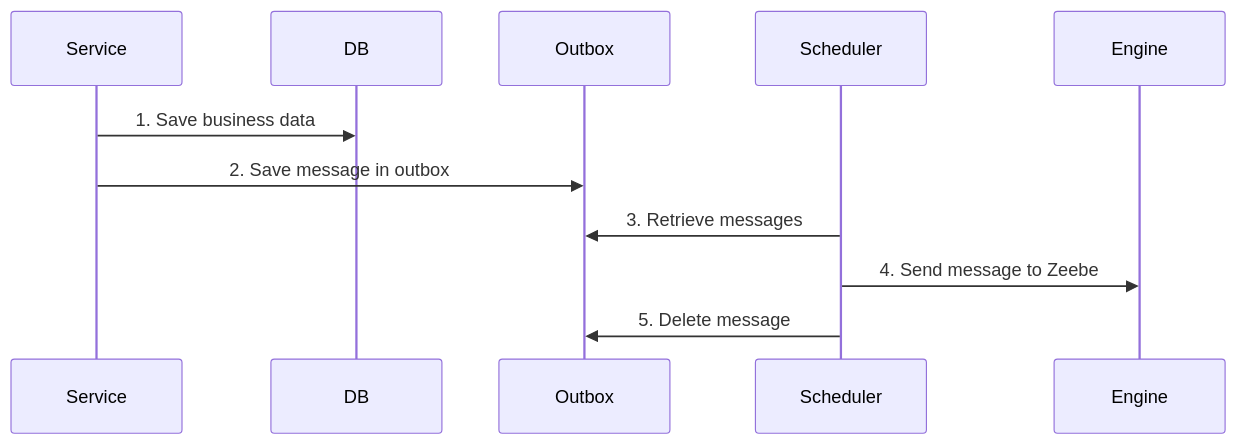
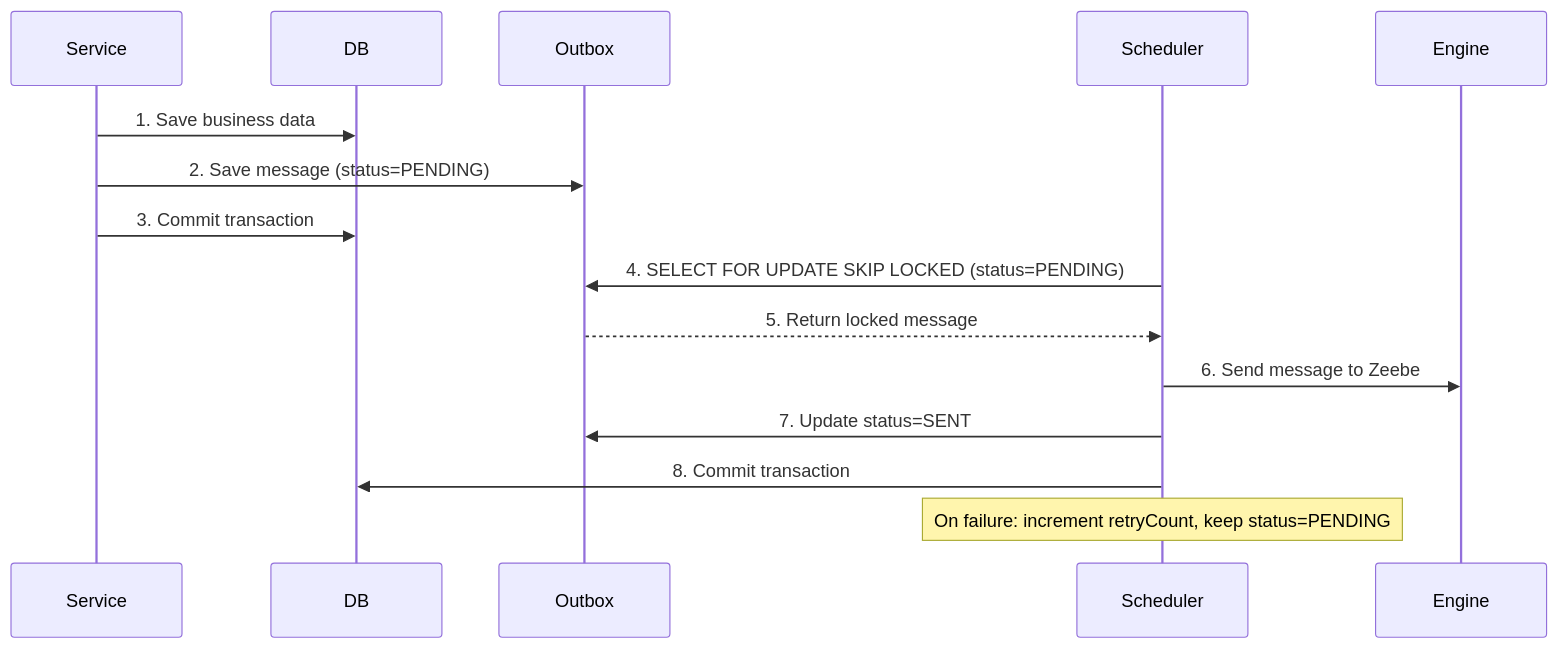
Before and after one commit to emaarco/distributed-horcruxes: the diagram in examples/outbox-pattern/README.md, drawn with Mermaid. The commit also changed other lines of this file and 2 other files, not shown here.

````diff
--- a/examples/outbox-pattern/README.md
+++ b/examples/outbox-pattern/README.md
@@ -119,13 +171,17 @@
 ```mermaid
 sequenceDiagram
     participant Service
     participant DB
     participant Outbox
     participant Scheduler
     participant Engine
     Service ->> DB: 1. Save business data
-    Service ->> Outbox: 2. Save message in outbox
-    Scheduler ->> Outbox: 3. Retrieve messages
-    Scheduler ->> Engine: 4. Send message to Zeebe
-    Scheduler ->> Outbox: 5. Delete message
+    Service ->> Outbox: 2. Save message (status=PENDING)
+    Service ->> DB: 3. Commit transaction
+    Scheduler ->> Outbox: 4. SELECT FOR UPDATE SKIP LOCKED (status=PENDING)
+    Outbox -->> Scheduler: 5. Return locked message
+    Scheduler ->> Engine: 6. Send message to Zeebe
+    Scheduler ->> Outbox: 7. Update status=SENT
+    Scheduler ->> DB: 8. Commit transaction
+    Note over Scheduler: On failure: increment retryCount, keep status=PENDING
 ```
````
